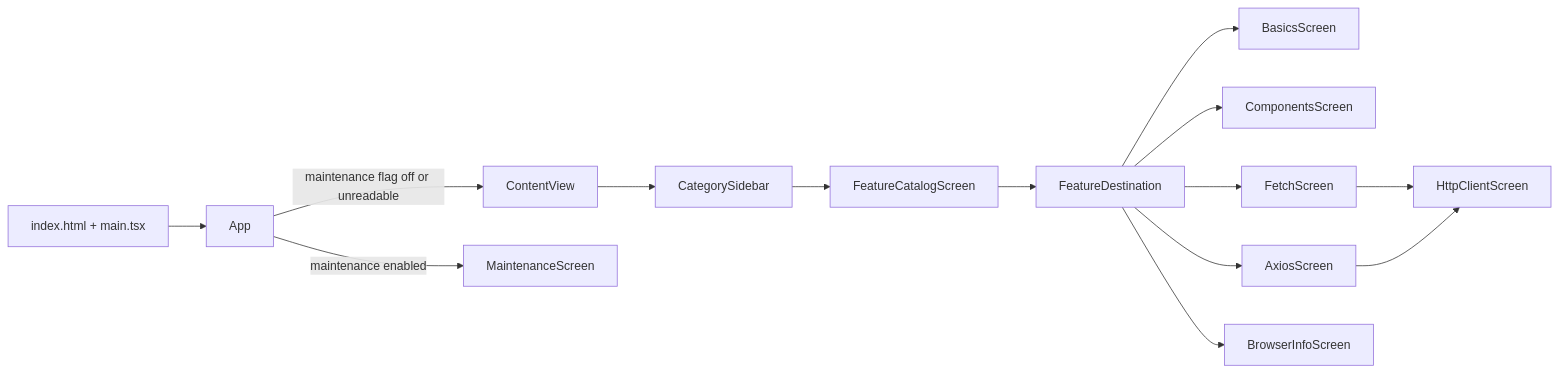
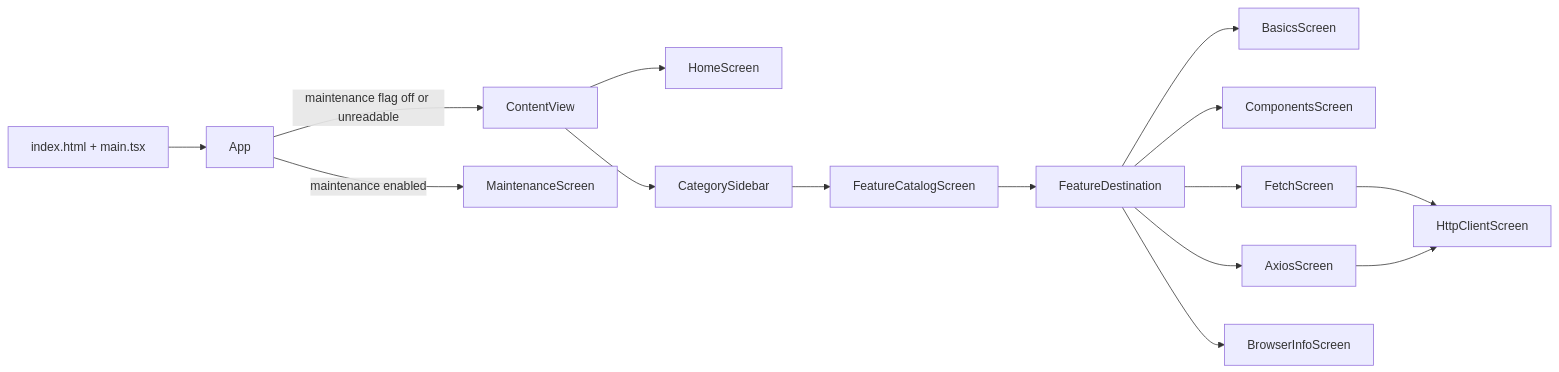
The first of 2 diagrams in doc/architecture/application.md (gjp-ai/gjp-lab-web-react), drawn with Mermaid before and after one commit. The commit also changed other lines of this file and 14 other files, not shown here.

````diff
--- a/doc/architecture/application.md
+++ b/doc/architecture/application.md
@@ -11,16 +11,17 @@
 ```mermaid
 flowchart LR
     Load[index.html + main.tsx] --> App
     App -->|maintenance flag off or unreadable| Content[ContentView]
     App -->|maintenance enabled| Maintenance[MaintenanceScreen]
+    Content --> Home[HomeScreen]
     Content --> Sidebar[CategorySidebar]
     Sidebar --> Catalog[FeatureCatalogScreen]
     Catalog --> Destination[FeatureDestination]
     Destination --> Basics[BasicsScreen]
     Destination --> Components[ComponentsScreen]
     Destination --> Fetch[FetchScreen]
     Destination --> Axios[AxiosScreen]
     Fetch --> Shared[HttpClientScreen]
     Axios --> Shared
     Destination --> Browser[BrowserInfoScreen]
 ```
````
